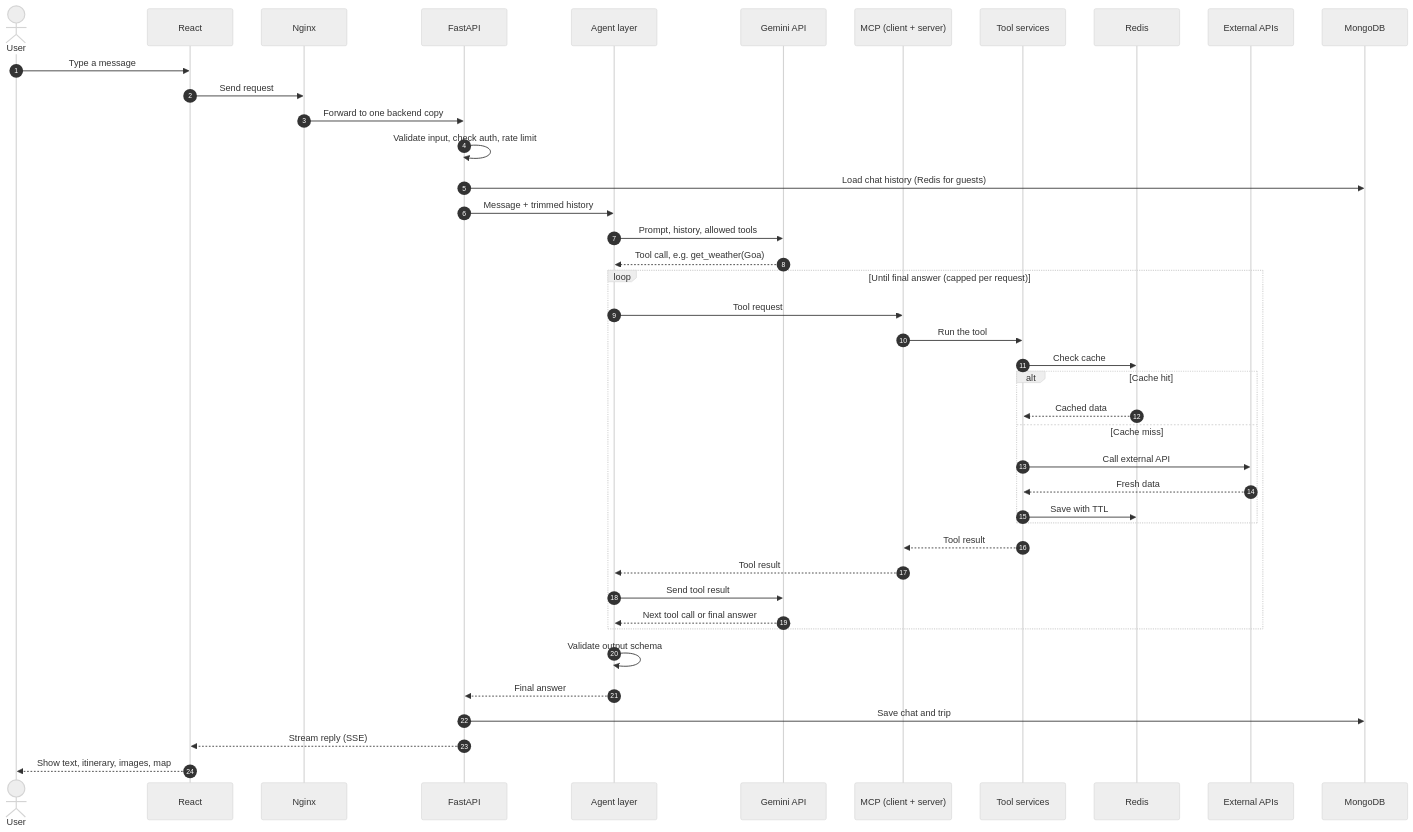
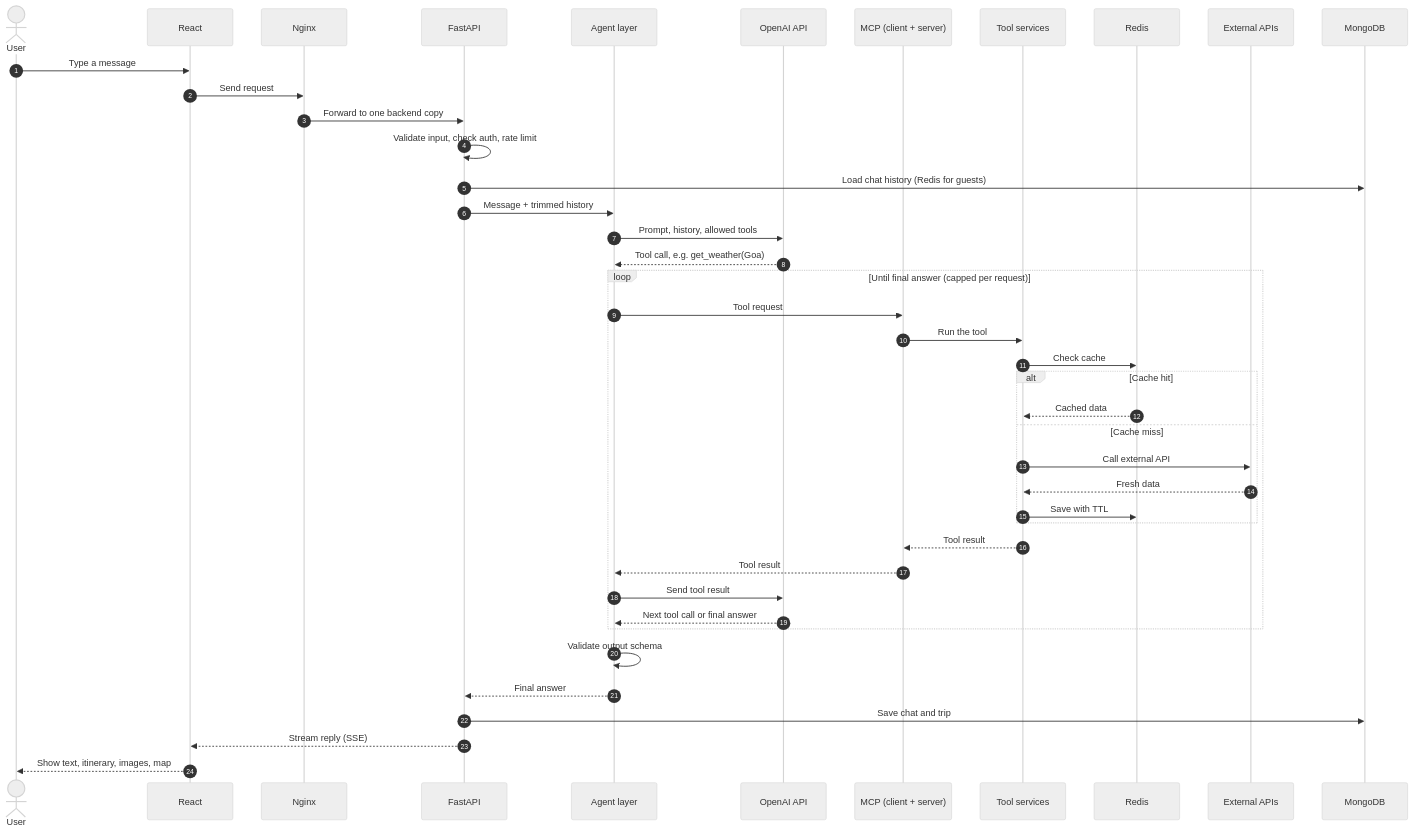
Before and after one commit to varsha-sonnad/Trailwise-AI-Agent: the second of 3 diagrams in ARCHITECTURE.md, drawn with Mermaid (neutral theme). The commit also changed other lines of this file and 8 other files, not shown here.

````diff
--- a/ARCHITECTURE.md
+++ b/ARCHITECTURE.md
@@ -78,47 +78,47 @@
 ```mermaid
 sequenceDiagram
   autonumber
   actor U as User
   participant FE as React
   participant NG as Nginx
   participant API as FastAPI
   participant AG as Agent layer
-  participant AI as Gemini API
+  participant AI as OpenAI API
   participant MC as MCP (client + server)
   participant T as Tool services
   participant R as Redis
   participant X as External APIs
   participant DB as MongoDB
 
   U->>FE: Type a message
   FE->>NG: Send request
   NG->>API: Forward to one backend copy
   API->>API: Validate input, check auth, rate limit
   API->>DB: Load chat history (Redis for guests)
   API->>AG: Message + trimmed history
   AG->>AI: Prompt, history, allowed tools
   AI-->>AG: Tool call, e.g. get_weather(Goa)
 
   loop Until final answer (capped per request)
     AG->>MC: Tool request
     MC->>T: Run the tool
     T->>R: Check cache
     alt Cache hit
       R-->>T: Cached data
     else Cache miss
       T->>X: Call external API
       X-->>T: Fresh data
       T->>R: Save with TTL
     end
     T-->>MC: Tool result
     MC-->>AG: Tool result
     AG->>AI: Send tool result
     AI-->>AG: Next tool call or final answer
   end
 
   AG->>AG: Validate output schema
   AG-->>API: Final answer
   API->>DB: Save chat and trip
   API-->>FE: Stream reply (SSE)
   FE-->>U: Show text, itinerary, images, map
 ```
````
